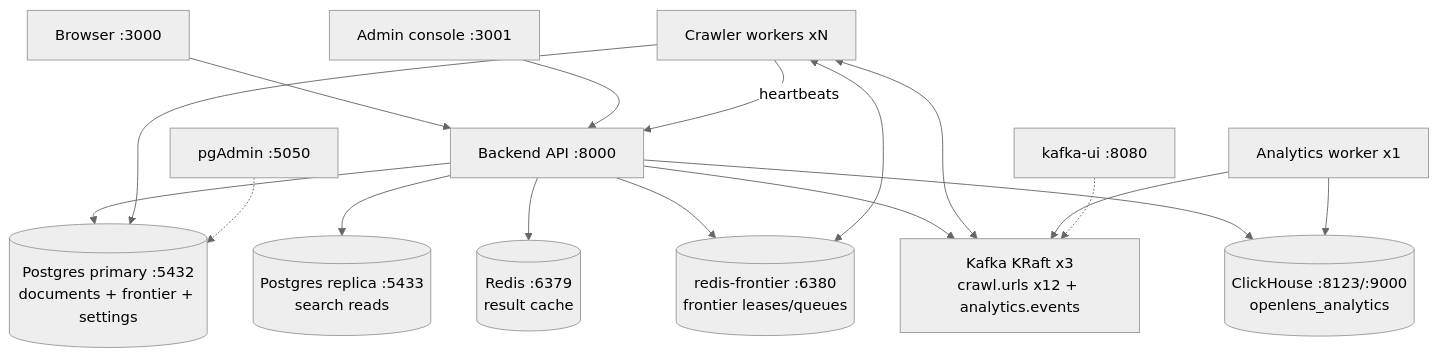
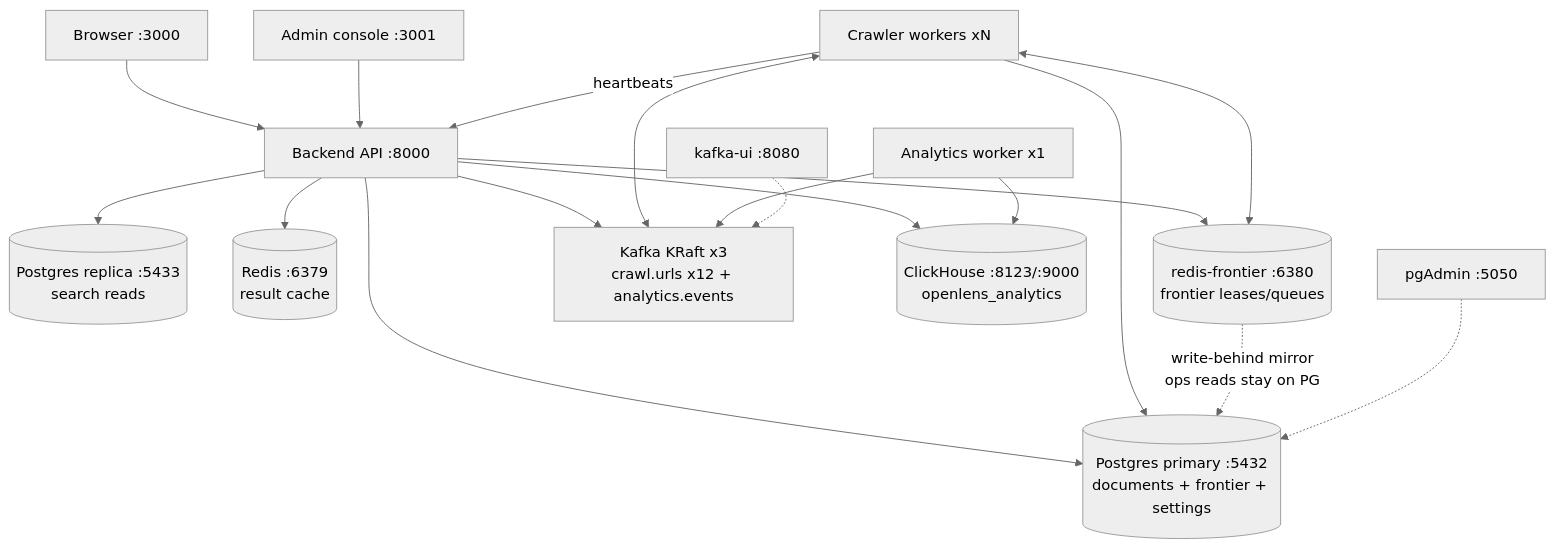
The first of 4 diagrams in docs/wiki/Architecture.md (rajanbajaj/openlens), drawn with Mermaid (neutral theme) before and after one commit. The commit also changed other lines of this file, not shown here.

Commit message:
Update architecture diagrams for Redis frontier hot path

````diff
--- a/docs/wiki/Architecture.md
+++ b/docs/wiki/Architecture.md
@@ -12,19 +12,20 @@
 ```mermaid
 flowchart TB
     U[Browser :3000] --> B[Backend API :8000]
     A[Admin console :3001] --> B
     B --> PG[(Postgres primary :5432<br/>documents + frontier + settings)]
     B --> PGR[(Postgres replica :5433<br/>search reads)]
     B --> R[(Redis :6379<br/>result cache)]
     B --> RF[(redis-frontier :6380<br/>frontier leases/queues)]
     W <--> RF
     B --> K[Kafka KRaft x3<br/>crawl.urls x12 + analytics.events]
     B --> CH[(ClickHouse :8123/:9000<br/>openlens_analytics)]
     W[Crawler workers xN] <--> K
     W --> PG
     W -->|heartbeats| B
+    RF -.->|write-behind mirror<br/>ops reads stay on PG| PG
     AW[Analytics worker x1] --> K
     AW --> CH
     P[pgAdmin :5050] -.-> PG
     KU[kafka-ui :8080] -.-> K
 ```
````
